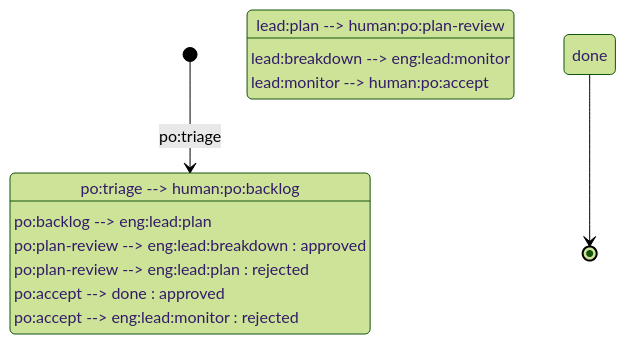
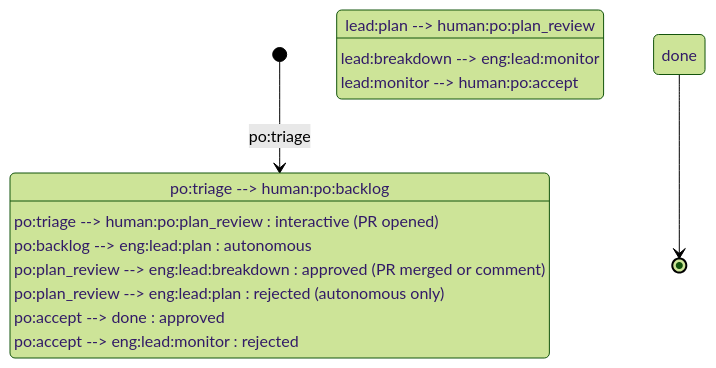
The first of 3 diagrams in profiles/agentic-sdlc-planning/PROCESS.md (devguyio-bot-squad/botminter), drawn with Mermaid (forest theme) before and after one commit. The commit also changed other lines of this file and 17 other files, not shown here.

````diff
--- a/profiles/agentic-sdlc-planning/PROCESS.md
+++ b/profiles/agentic-sdlc-planning/PROCESS.md
@@ -156,14 +168,15 @@
 ```mermaid
 stateDiagram-v2
     [*] --> human:po:triage
     human:po:triage --> human:po:backlog
-    human:po:backlog --> eng:lead:plan
-    eng:lead:plan --> human:po:plan-review
-    human:po:plan-review --> eng:lead:breakdown : approved
-    human:po:plan-review --> eng:lead:plan : rejected
+    human:po:triage --> human:po:plan_review : interactive (PR opened)
+    human:po:backlog --> eng:lead:plan : autonomous
+    eng:lead:plan --> human:po:plan_review
+    human:po:plan_review --> eng:lead:breakdown : approved (PR merged or comment)
+    human:po:plan_review --> eng:lead:plan : rejected (autonomous only)
     eng:lead:breakdown --> eng:lead:monitor
     eng:lead:monitor --> human:po:accept
     human:po:accept --> done : approved
     human:po:accept --> eng:lead:monitor : rejected
     done --> [*]
 ```
````
